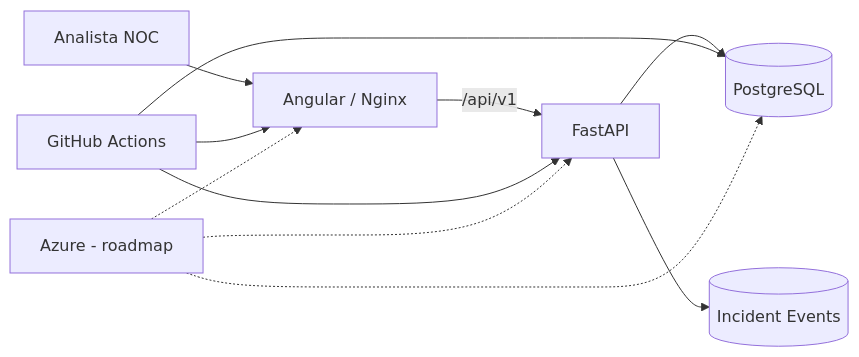
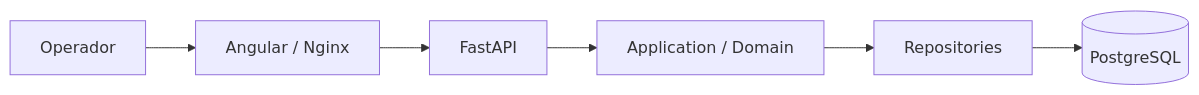
Before and after one commit to MSsanto/P0-NOC-Flow-Cloud-v2-: the diagram in README.md, drawn with Mermaid. The commit also changed other lines of this file and 58 other files, not shown here.

````diff
--- a/README.md
+++ b/README.md
@@ -234,13 +38,8 @@
 ```mermaid
 flowchart LR
-    U[Analista NOC] --> WEB[Angular / Nginx]
-    WEB -->|/api/v1| API[FastAPI]
-    API --> DB[(PostgreSQL)]
-    API --> EVT[(Incident Events)]
-    CI[GitHub Actions] --> WEB
-    CI --> API
-    CI --> DB
-    AZ[Azure - roadmap] -.-> WEB
-    AZ -.-> API
-    AZ -.-> DB
+    U[Operador] --> W[Angular / Nginx]
+    W --> A[FastAPI]
+    A --> D[Application / Domain]
+    D --> R[Repositories]
+    R --> P[(PostgreSQL)]
 ```
````
